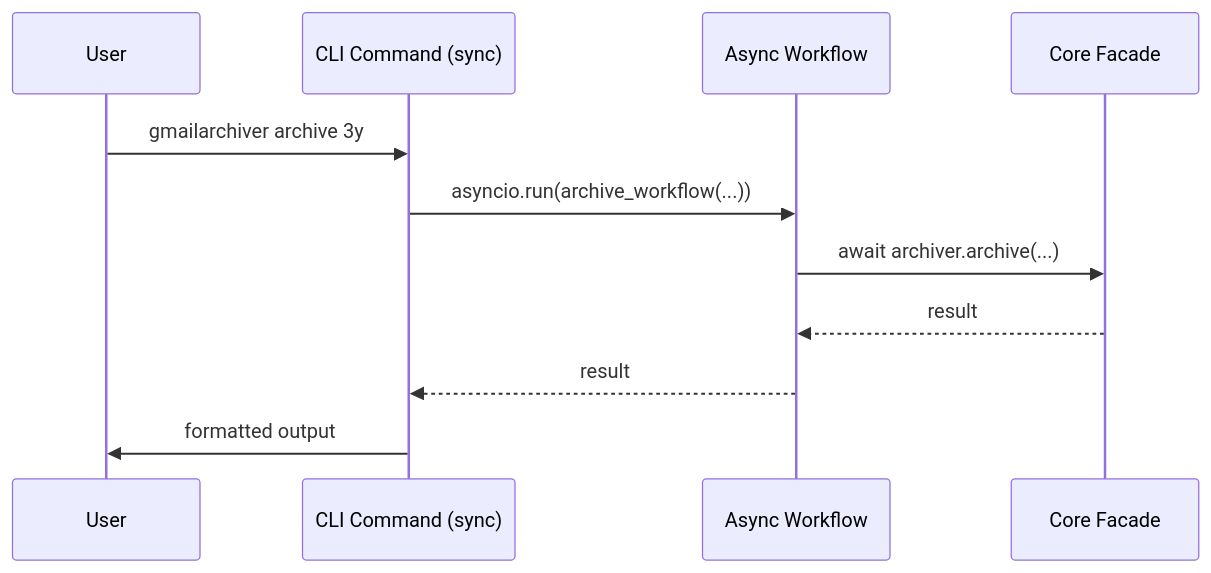
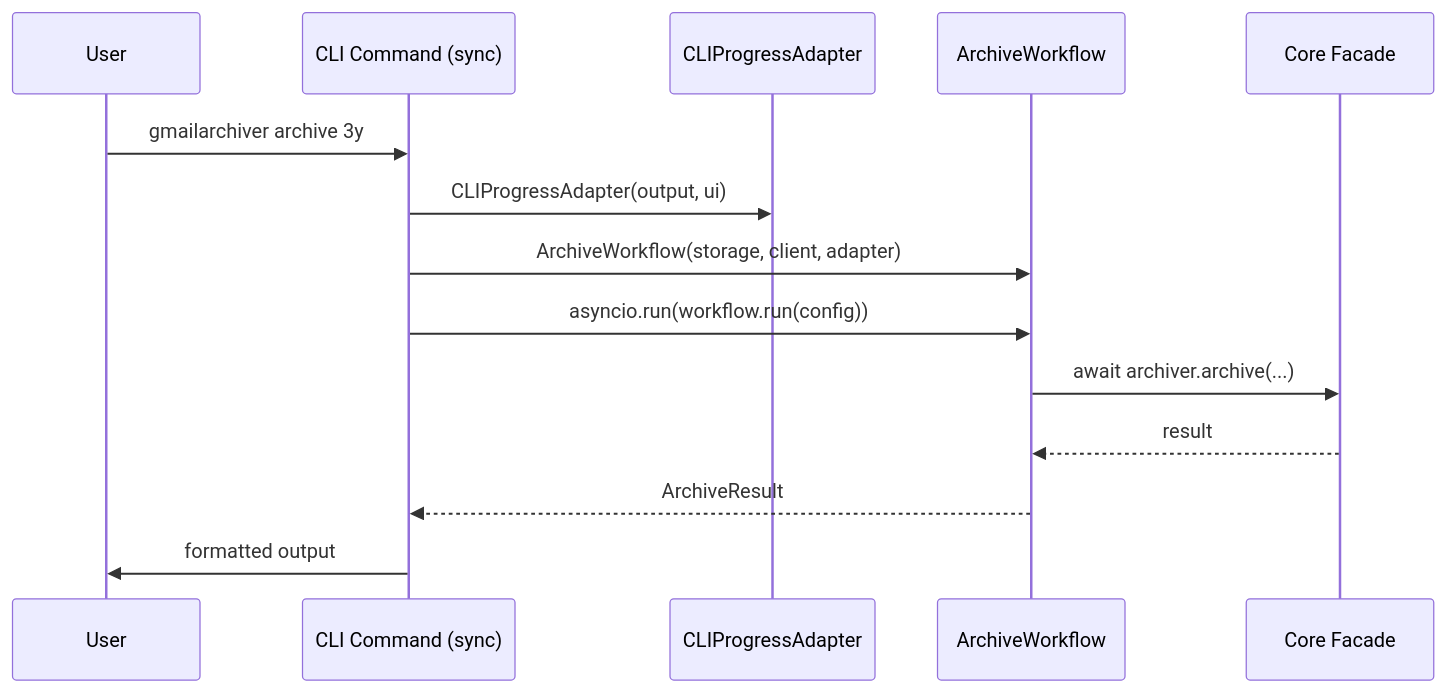
Before and after one commit to tumma72/GMailArchiver: the seventh of 7 diagrams in src/gmailarchiver/cli/ARCHITECTURE.md, drawn with Mermaid. The commit also changed other lines of this file and 81 other files, not shown here.

First line of the commit message:
refactor: Complete core layer integration with thin client CLI pattern

````diff
--- a/src/gmailarchiver/cli/ARCHITECTURE.md
+++ b/src/gmailarchiver/cli/ARCHITECTURE.md
@@ -221,14 +244,17 @@
 ```mermaid
 sequenceDiagram
     participant User
     participant CLI as CLI Command (sync)
-    participant Workflow as Async Workflow
+    participant Adapter as CLIProgressAdapter
+    participant Workflow as ArchiveWorkflow
     participant Core as Core Facade
 
     User->>CLI: gmailarchiver archive 3y
-    CLI->>Workflow: asyncio.run(archive_workflow(...))
+    CLI->>Adapter: CLIProgressAdapter(output, ui)
+    CLI->>Workflow: ArchiveWorkflow(storage, client, adapter)
+    CLI->>Workflow: asyncio.run(workflow.run(config))
     Workflow->>Core: await archiver.archive(...)
     Core-->>Workflow: result
-    Workflow-->>CLI: result
+    Workflow-->>CLI: ArchiveResult
     CLI->>User: formatted output
 ```
````
